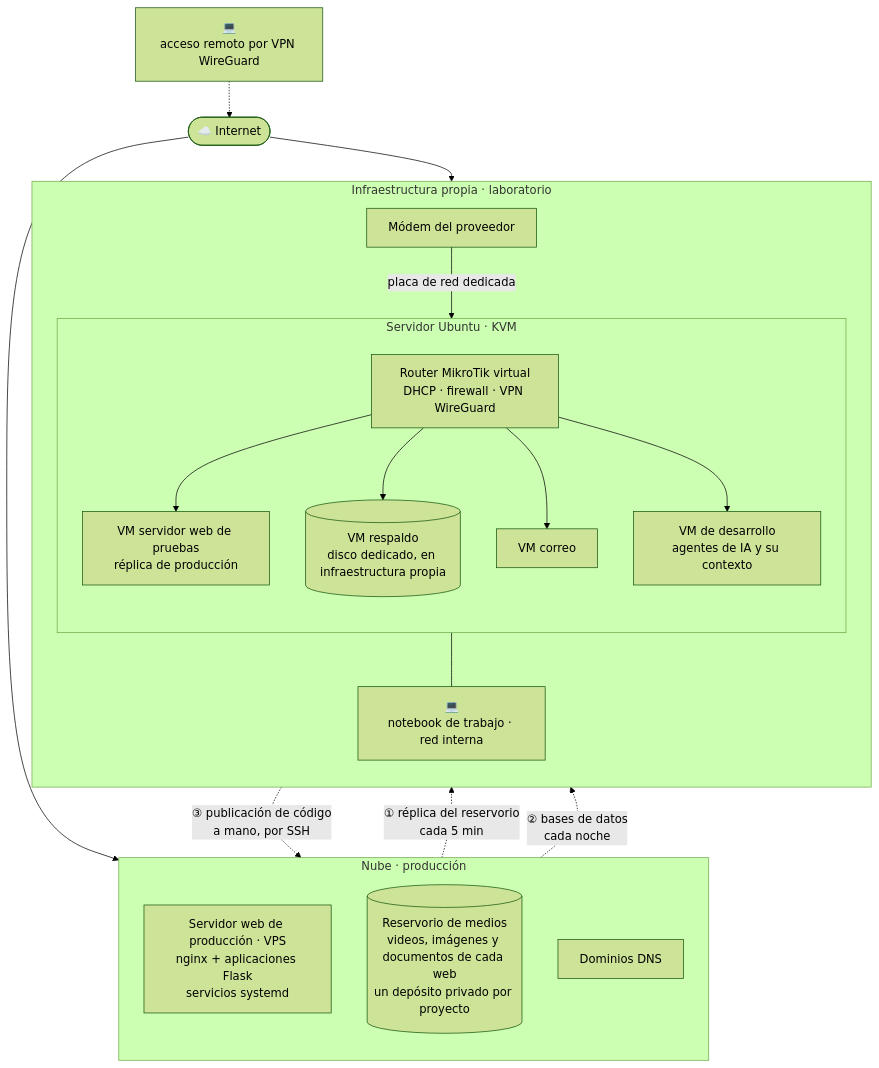
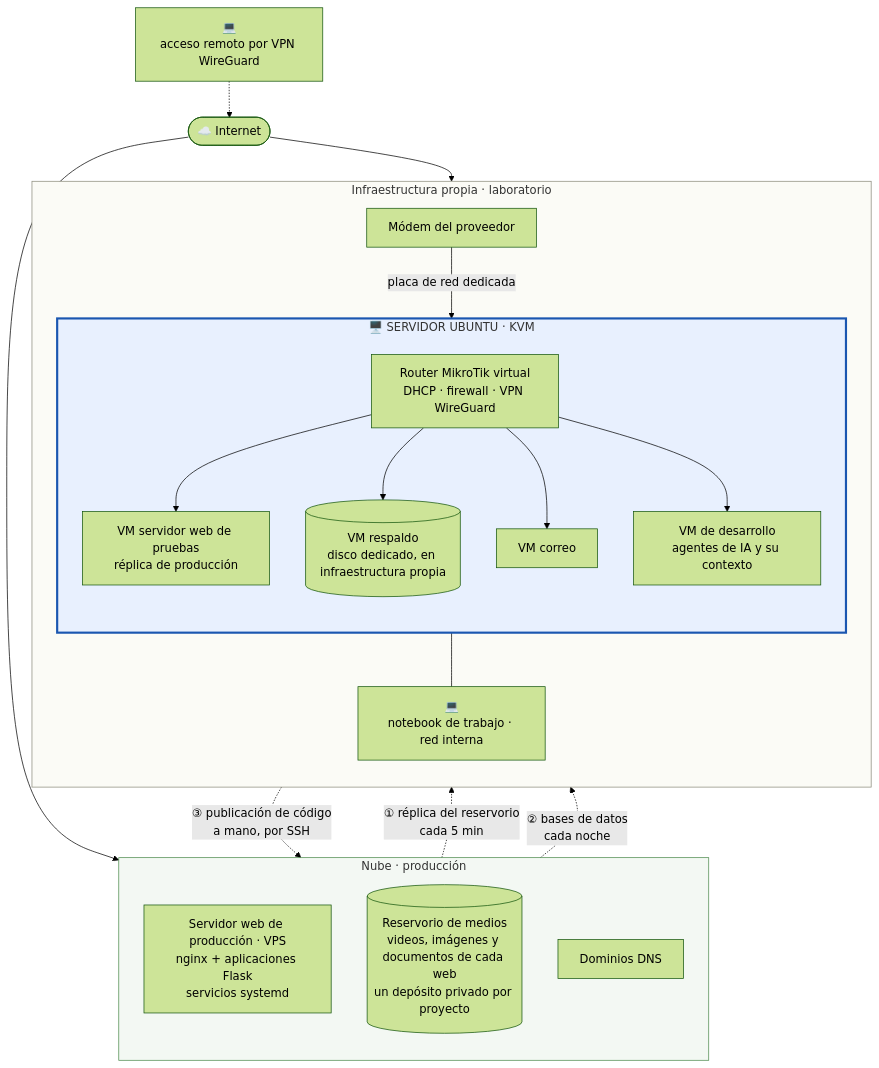
Before and after one commit to druidatech-net/infraestructura-druidatech: the first of 3 diagrams in README.md, drawn with Mermaid (forest theme).

Commit message:
Diagrama: el bloque del servidor Ubuntu KVM resaltado en azul, título en mayúsculas

````diff
--- a/README.md
+++ b/README.md
@@ -25,28 +25,31 @@
 ```mermaid
 flowchart TB
     N[💻<br/>acceso remoto por VPN WireGuard] -.-> I([☁️ Internet])
     I --> V
     I --> M
     subgraph NUBE[Nube · producción]
         direction TB
         V[Servidor web de producción · VPS<br/>nginx + aplicaciones Flask<br/>servicios systemd]
         S[(Reservorio de medios<br/>videos, imágenes y documentos de cada web<br/>un depósito privado por proyecto)]
         D[Dominios DNS]
     end
     subgraph LAB[Infraestructura propia · laboratorio]
         direction TB
         M[Módem del proveedor] -->|placa de red dedicada| K
-        subgraph H[Servidor Ubuntu · KVM]
+        subgraph H[🖥️ SERVIDOR UBUNTU · KVM]
             direction TB
             K[Router MikroTik virtual<br/>DHCP · firewall · VPN WireGuard]
             K --> W[VM servidor web de pruebas<br/>réplica de producción]
             K --> B[(VM respaldo<br/>disco dedicado, en infraestructura propia)]
             K --> C[VM correo]
             K --> A[VM de desarrollo<br/>agentes de IA y su contexto]
         end
         K --- T[💻<br/>notebook de trabajo · red interna]
     end
     S -.->|"① réplica del reservorio<br/>cada 5 min"| B
     V -.->|"② bases de datos<br/>cada noche"| B
     W -.->|"③ publicación de código<br/>a mano, por SSH"| V
+    style H fill:#e8f0fe,stroke:#1a56b0,stroke-width:3px
+    style LAB fill:#fbfbf6,stroke:#8a8a7a
+    style NUBE fill:#f3f8f3,stroke:#4c8a4c
 ```
````
